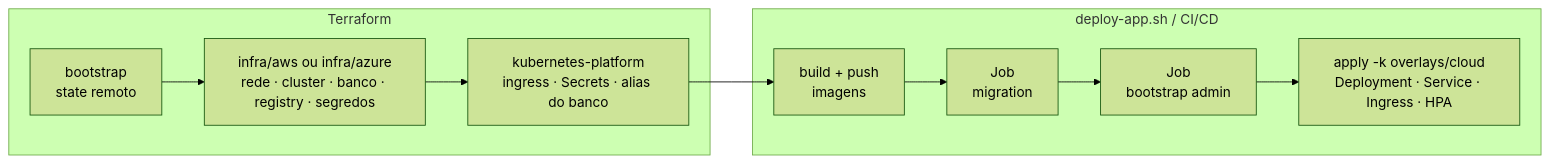
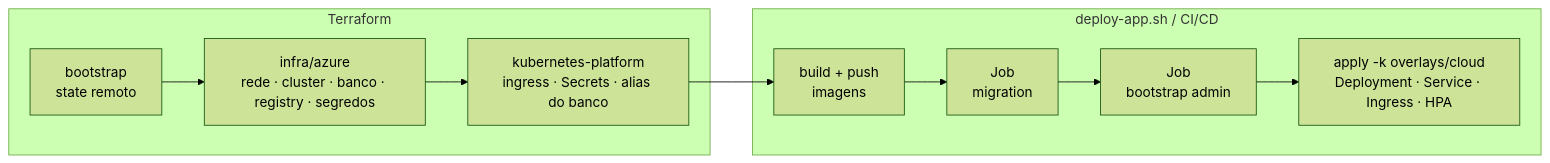
The second of 2 diagrams in infra/README.md (garage-flow-api/garage-flow-api), drawn with Mermaid (forest theme) before and after one commit. The commit also changed other lines of this file and 43 other files, not shown here.

First line of the commit message:
refactor(infra): usa somente a Azure

````diff
--- a/infra/README.md
+++ b/infra/README.md
@@ -107,13 +70,13 @@
 ```mermaid
 flowchart LR
     subgraph tf[Terraform]
-        b[bootstrap<br/>state remoto] --> i[infra/aws ou infra/azure<br/>rede · cluster · banco · registry · segredos]
+        b[bootstrap<br/>state remoto] --> i[infra/azure<br/>rede · cluster · banco · registry · segredos]
         i --> p[kubernetes-platform<br/>ingress · Secrets · alias do banco]
     end
 
     subgraph deploy[deploy-app.sh / CI/CD]
         img[build + push<br/>imagens] --> mig[Job<br/>migration] --> adm[Job<br/>bootstrap admin] --> app[apply -k overlays/cloud<br/>Deployment · Service · Ingress · HPA]
     end
 
     p --> img
 ```
````
